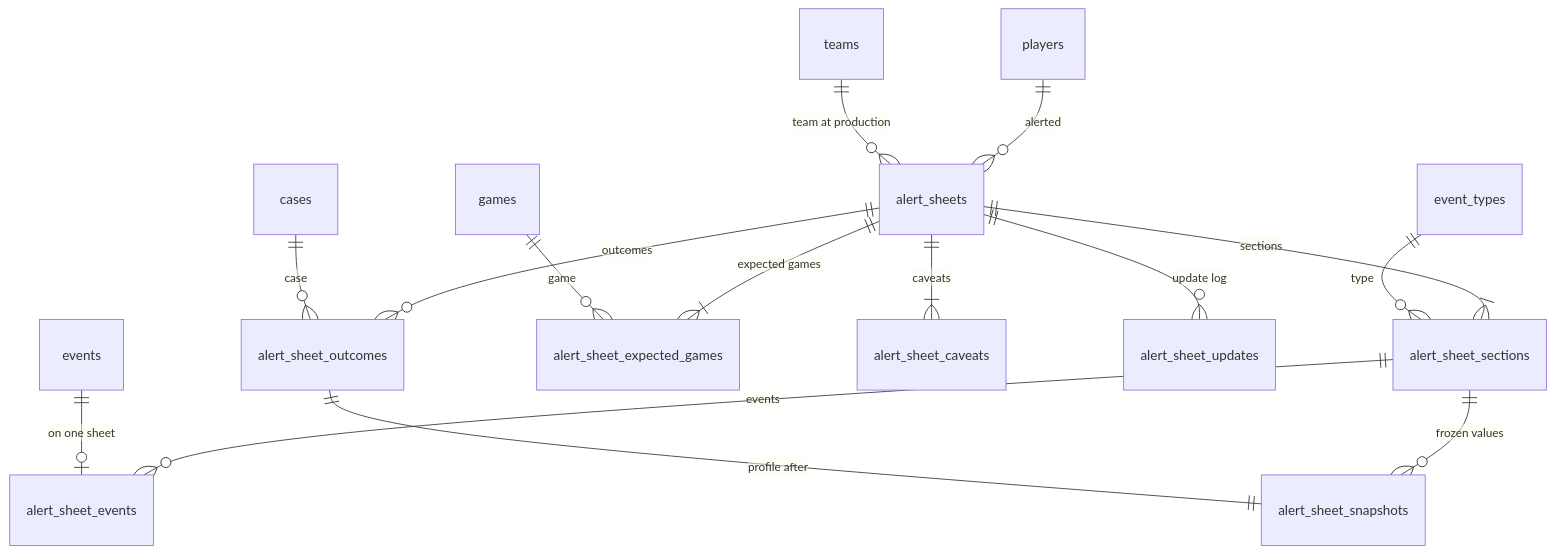
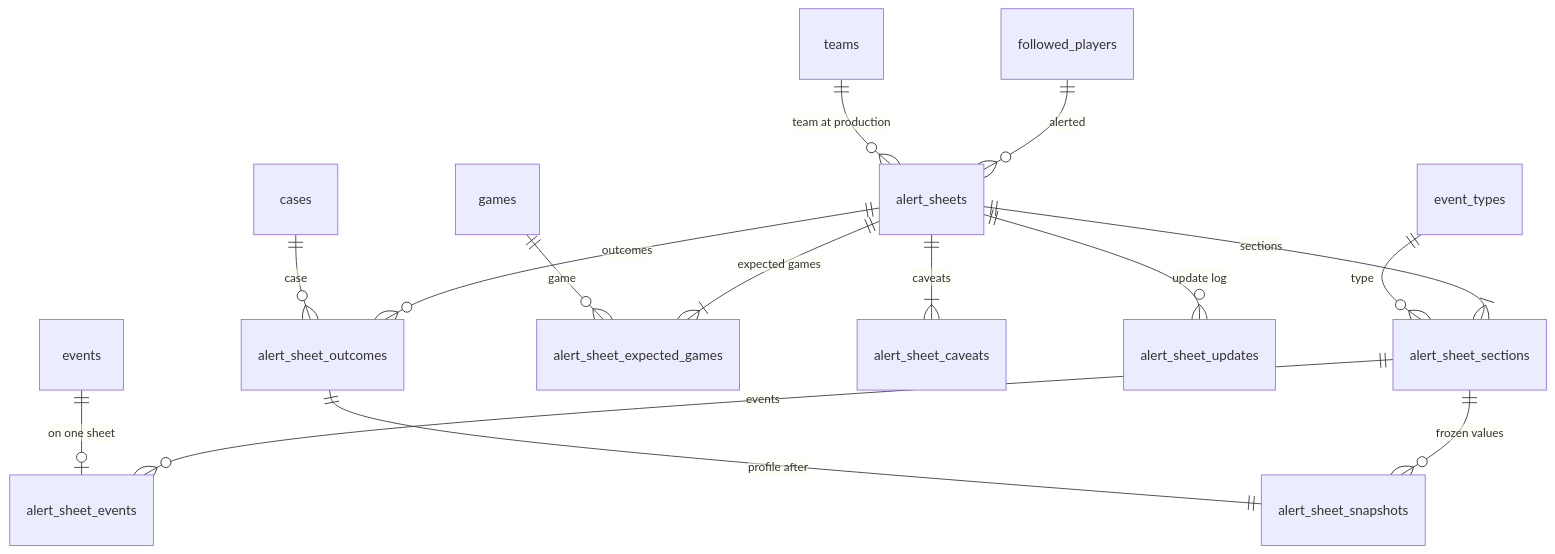
Before and after one commit to youtix/egoscope: the diagram in docs/engineering/domain-model/alert-sheets.md, drawn with Mermaid. The commit also changed other lines of this file and 4 other files, not shown here.

````diff
--- a/docs/engineering/domain-model/alert-sheets.md
+++ b/docs/engineering/domain-model/alert-sheets.md
@@ -299,17 +301,17 @@
 ```mermaid
 erDiagram
-  players ||--o{ alert_sheets : "alerted"
+  followed_players ||--o{ alert_sheets : "alerted"
   teams ||--o{ alert_sheets : "team at production"
   alert_sheets ||--|{ alert_sheet_sections : "sections"
   event_types ||--o{ alert_sheet_sections : "type"
   alert_sheet_sections ||--o{ alert_sheet_snapshots : "frozen values"
   alert_sheet_sections ||--o{ alert_sheet_events : "events"
   events ||--o| alert_sheet_events : "on one sheet"
   alert_sheets ||--|{ alert_sheet_expected_games : "expected games"
   games ||--o{ alert_sheet_expected_games : "game"
   alert_sheets ||--|{ alert_sheet_caveats : "caveats"
   alert_sheets ||--o{ alert_sheet_updates : "update log"
   alert_sheets ||--o{ alert_sheet_outcomes : "outcomes"
   cases ||--o{ alert_sheet_outcomes : "case"
   alert_sheet_outcomes ||--|| alert_sheet_snapshots : "profile after"
 ```
````
